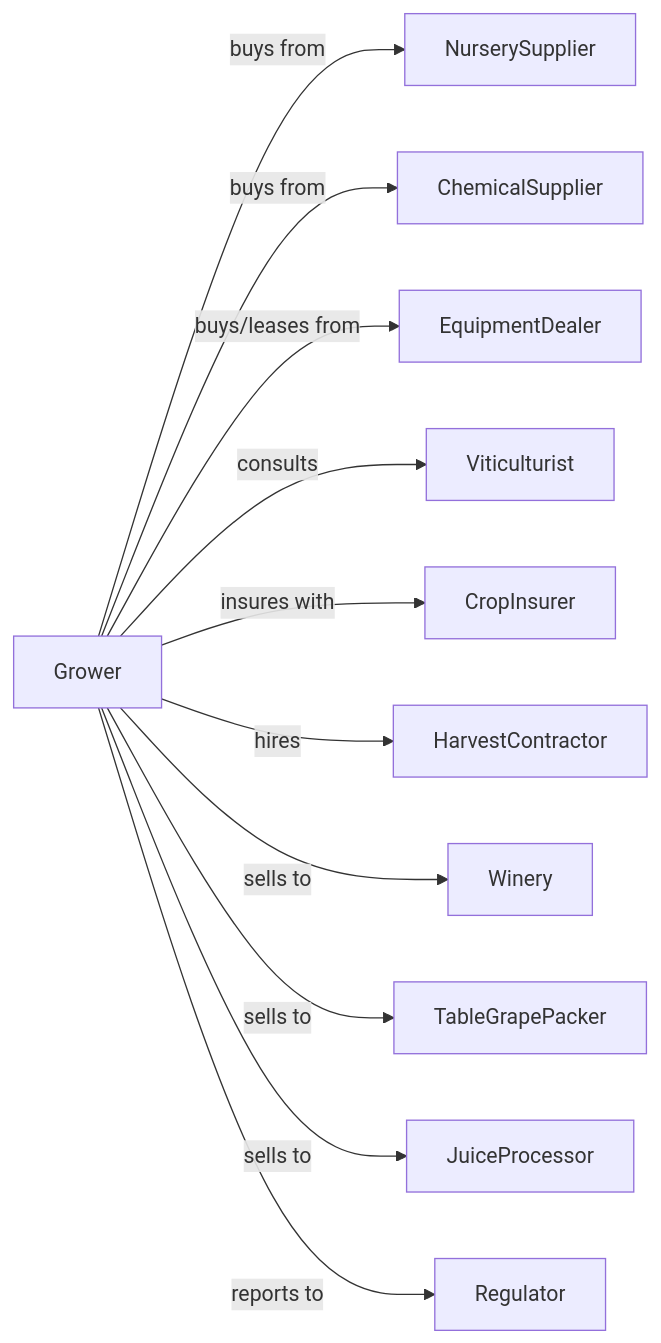
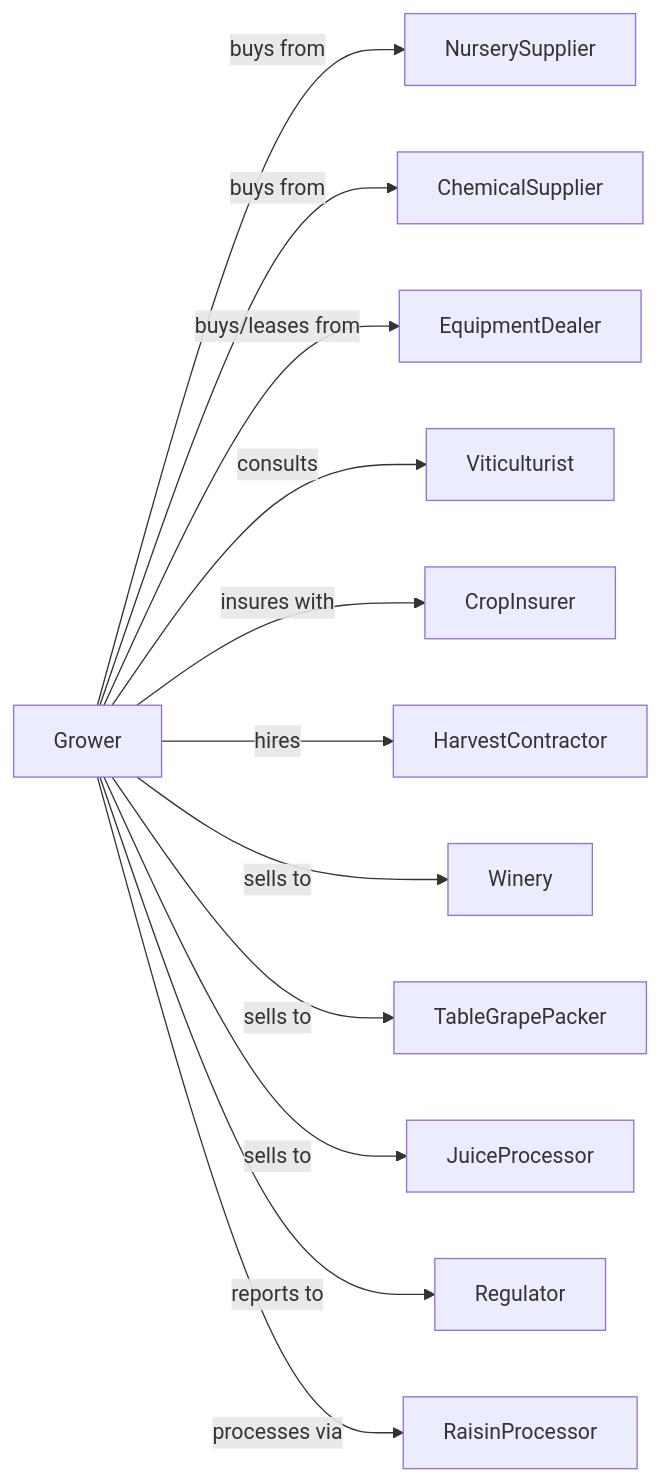
The second of 2 diagrams in Agriculture/CropProduction/FruitAndTreeNutFarming/GrapeVineyards.mdx (dot-org-ai/industries.org.ai), drawn with Mermaid before and after one commit. The commit also changed other lines of this file and 588 other files, not shown here.

````diff
--- a/Agriculture/CropProduction/FruitAndTreeNutFarming/GrapeVineyards.mdx
+++ b/Agriculture/CropProduction/FruitAndTreeNutFarming/GrapeVineyards.mdx
@@ -147,15 +147,16 @@
 ```mermaid
 graph LR
     G[Grower]
 
     G -->|buys from| NurserySupplier
     G -->|buys from| ChemicalSupplier
     G -->|buys/leases from| EquipmentDealer
     G -->|consults| Viticulturist
     G -->|insures with| CropInsurer
     G -->|hires| HarvestContractor
     G -->|sells to| Winery
     G -->|sells to| TableGrapePacker
     G -->|sells to| JuiceProcessor
     G -->|reports to| Regulator
+    G -->|processes via| RaisinProcessor
 ```
````
